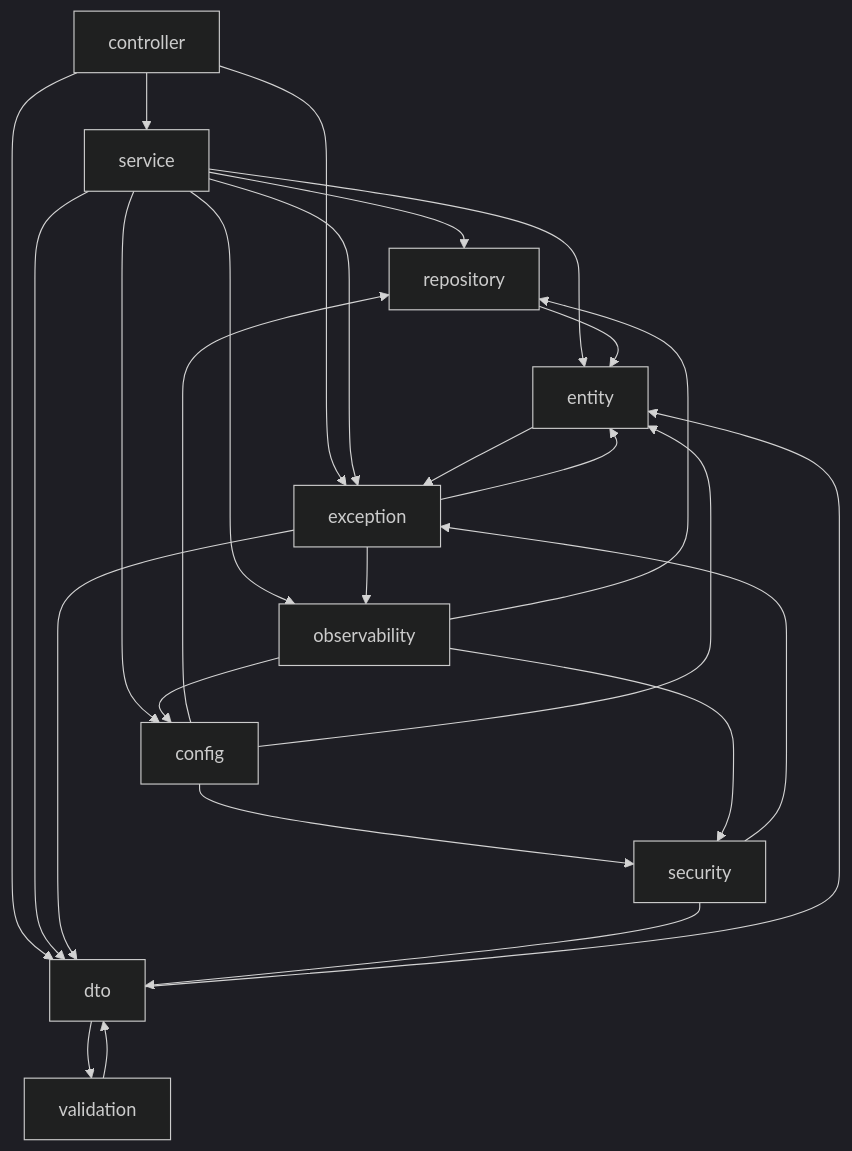
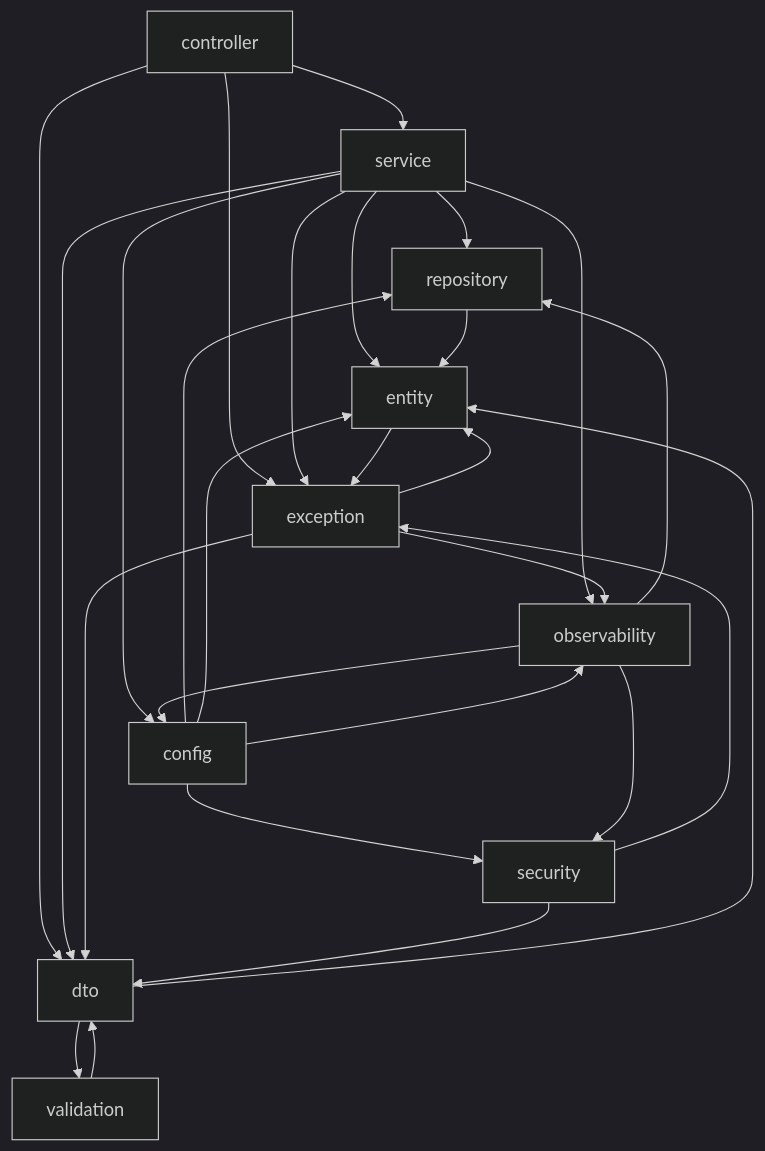
Before and after one commit to smit-lakhani-13/flight-ops-services: the sixth of 7 diagrams in doc/ARCHITECTURE.md, drawn with Mermaid (dark theme). The commit also changed other lines of this file and 8 other files, not shown here.

````diff
--- a/doc/ARCHITECTURE.md
+++ b/doc/ARCHITECTURE.md
@@ -615,28 +615,29 @@
 ```mermaid
 flowchart TD
     controller --> service
     controller --> dto
     controller --> exception
     service --> repository
     service --> entity
     service --> dto
     service --> exception
     service --> config
     service --> observability
     repository --> entity
     dto --> entity
     dto --> validation
     entity --> exception
     exception --> entity
     exception --> dto
     exception --> observability
     config --> repository
     config --> entity
     config --> security
+    config --> observability
     observability --> config
     observability --> repository
     observability --> security
     security --> dto
     security --> exception
     validation --> dto
 ```
````
